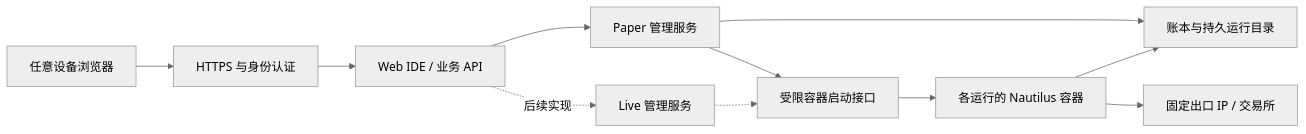
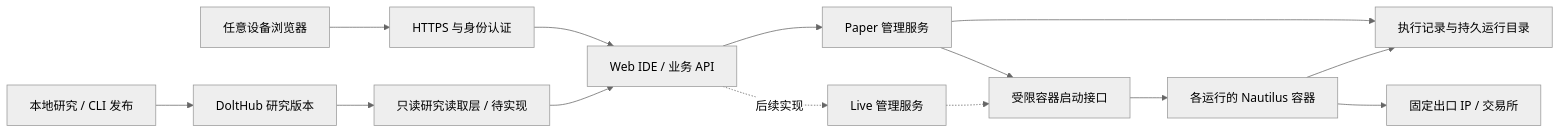
The diagram in docs/plans/remote-execution-server-exploration.zh.md (qOeOp/trade), drawn with Mermaid (neutral theme) before and after one commit. The commit also changed other lines of this file and 1 other file, not shown here.

````diff
--- a/docs/plans/remote-execution-server-exploration.zh.md
+++ b/docs/plans/remote-execution-server-exploration.zh.md
@@ -9,13 +9,16 @@
 ```mermaid
 flowchart LR
+  W[本地研究 / CLI 发布] --> H[DoltHub 研究版本]
+  H --> V[只读研究读取层 / 待实现]
   B[任意设备浏览器] --> A[HTTPS 与身份认证]
   A --> I[Web IDE / 业务 API]
+  V --> I
   I --> P[Paper 管理服务]
   I -.后续实现.-> L[Live 管理服务]
   P --> D[受限容器启动接口]
   L -.-> D
   D --> R[各运行的 Nautilus 容器]
-  P --> S[账本与持久运行目录]
+  P --> S[执行记录与持久运行目录]
   R --> S
   R --> E[固定出口 IP / 交易所]
 ```
````
